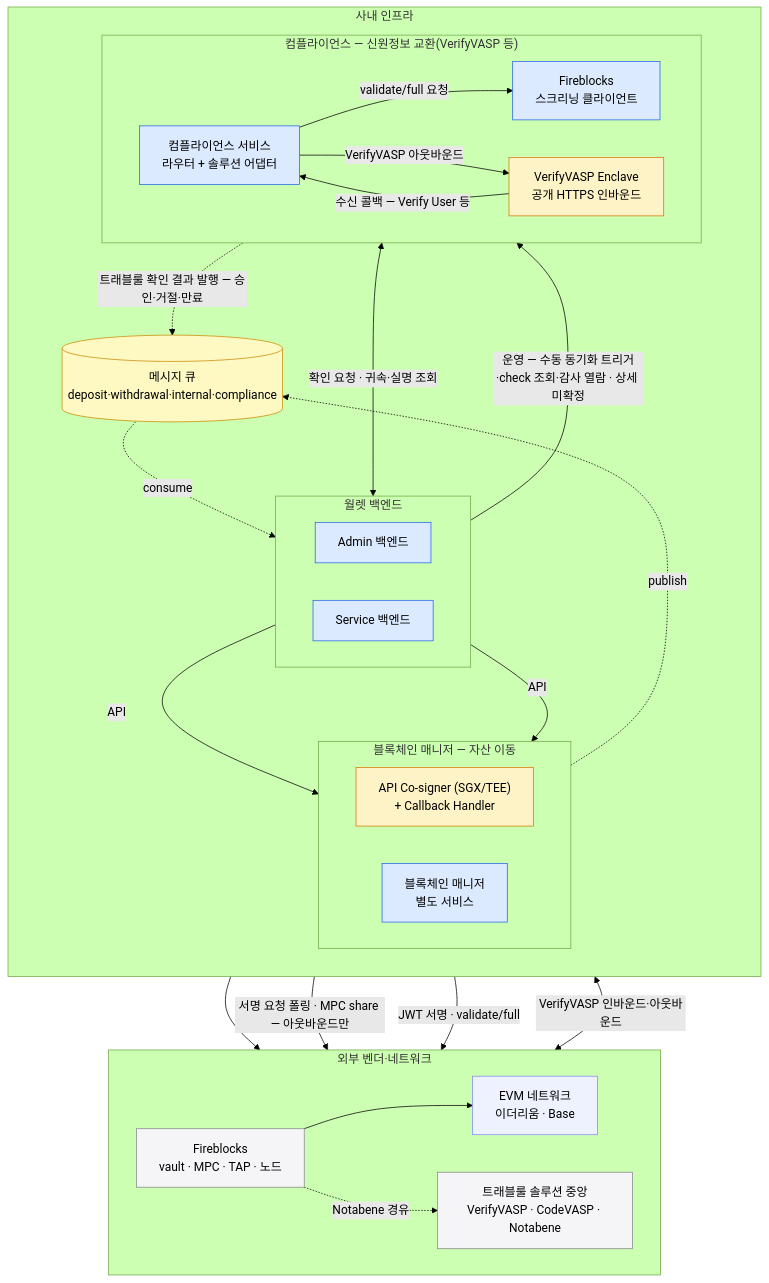
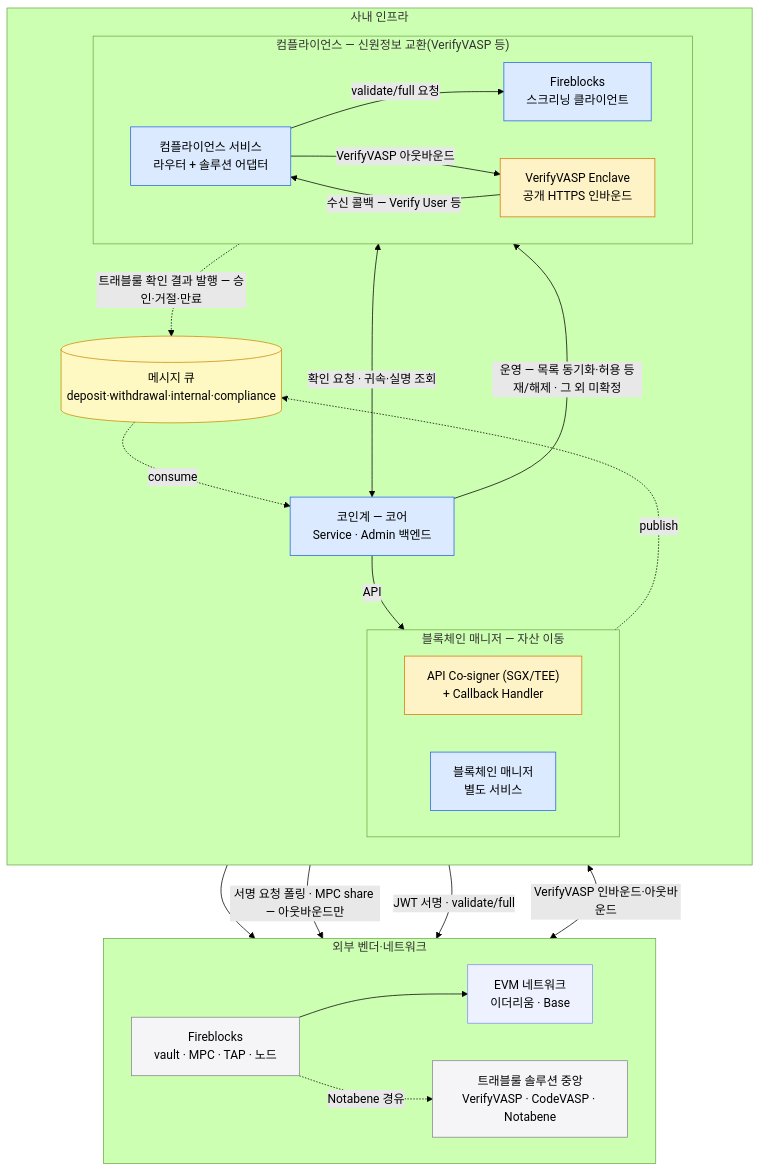
Before and after one commit to eunsujeo/eunpus: the diagram in blockchain-manager/docs/온보딩/설계/00-overview.md, drawn with Mermaid (forest theme). The commit also changed other lines of this file and 4 other files, not shown here.

First line of the commit message:
VASP 목록 두 테이블 분리 + Admin 운영 API 4개 설계 + 배치도 코인계 코어

````diff
--- a/blockchain-manager/docs/온보딩/설계/00-overview.md
+++ b/blockchain-manager/docs/온보딩/설계/00-overview.md
@@ -11,59 +11,54 @@
 ```mermaid
 flowchart TB
   subgraph OURS["사내 인프라"]
     direction TB
-    subgraph WBE["월렛 백엔드"]
-      direction LR
-      ADM["Admin 백엔드"]
-      SVC["Service 백엔드"]
-    end
+    CORE["코인계 — 코어<br/>Service · Admin 백엔드"]
     subgraph BMZ["블록체인 매니저 — 자산 이동"]
       direction LR
       COS["API Co-signer (SGX/TEE)<br/>+ Callback Handler"]
       BM["블록체인 매니저<br/>별도 서비스"]
     end
     MQ[("메시지 큐<br/>deposit·withdrawal·internal·compliance")]
     subgraph TRZ["컴플라이언스 — 신원정보 교환(VerifyVASP 등)"]
       direction LR
       GATE["컴플라이언스 서비스<br/>라우터 + 솔루션 어댑터"]
       FBCLI["Fireblocks<br/>스크리닝 클라이언트"]
       EN["VerifyVASP Enclave<br/>공개 HTTPS 인바운드"]
     end
-    SVC ~~~ MQ
+    CORE ~~~ MQ
   end
 
   subgraph EXTZ["외부 벤더·네트워크"]
     direction LR
     EVM["EVM 네트워크<br/>이더리움 · Base"]
     FB["Fireblocks<br/>vault · MPC · TAP · 노드"]
     TRNET["트래블룰 솔루션 중앙<br/>VerifyVASP · CodeVASP · Notabene"]
   end
 
-  ADM -->|API| BM
-  SVC -->|API| BM
+  CORE -->|API| BM
   BM -.->|publish| MQ
   GATE -.->|트래블룰 확인 결과 발행 — 승인·거절·만료| MQ
-  MQ -.->|consume| SVC
-  SVC <-->|확인 요청 · 귀속·실명 조회| GATE
-  ADM -->|운영 — 수동 동기화 트리거·check 조회·감사 열람 · 상세 미확정| GATE
+  MQ -.->|consume| CORE
+  CORE <-->|확인 요청 · 귀속·실명 조회| GATE
+  CORE -->|운영 — 목록 동기화·허용 등재/해제 · 그 외 미확정| GATE
   GATE -->|validate/full 요청| FBCLI
   GATE -->|VerifyVASP 아웃바운드| EN
   EN -->|수신 콜백 — Verify User 등| GATE
   BM --> FB
   COS -->|서명 요청 폴링 · MPC share — 아웃바운드만| FB
   FBCLI -->|JWT 서명 · validate/full| FB
   FB --> EVM
   FB -.->|Notabene 경유| TRNET
   EN <-->|VerifyVASP 인바운드·아웃바운드| TRNET
 
   classDef ours fill:#dbeafe,stroke:#2563eb;
   classDef selfhost fill:#fef3c7,stroke:#d97706;
   classDef mq fill:#fef9c3,stroke:#ca8a04;
   classDef vendor fill:#f5f5f7,stroke:#86868b;
   classDef chain fill:#eef2ff,stroke:#818cf8;
-  class SVC,ADM,BM,GATE,FBCLI ours
+  class CORE,BM,GATE,FBCLI ours
   class COS,EN selfhost
   class MQ mq
   class FB,TRNET vendor
   class EVM chain
 ```
````
